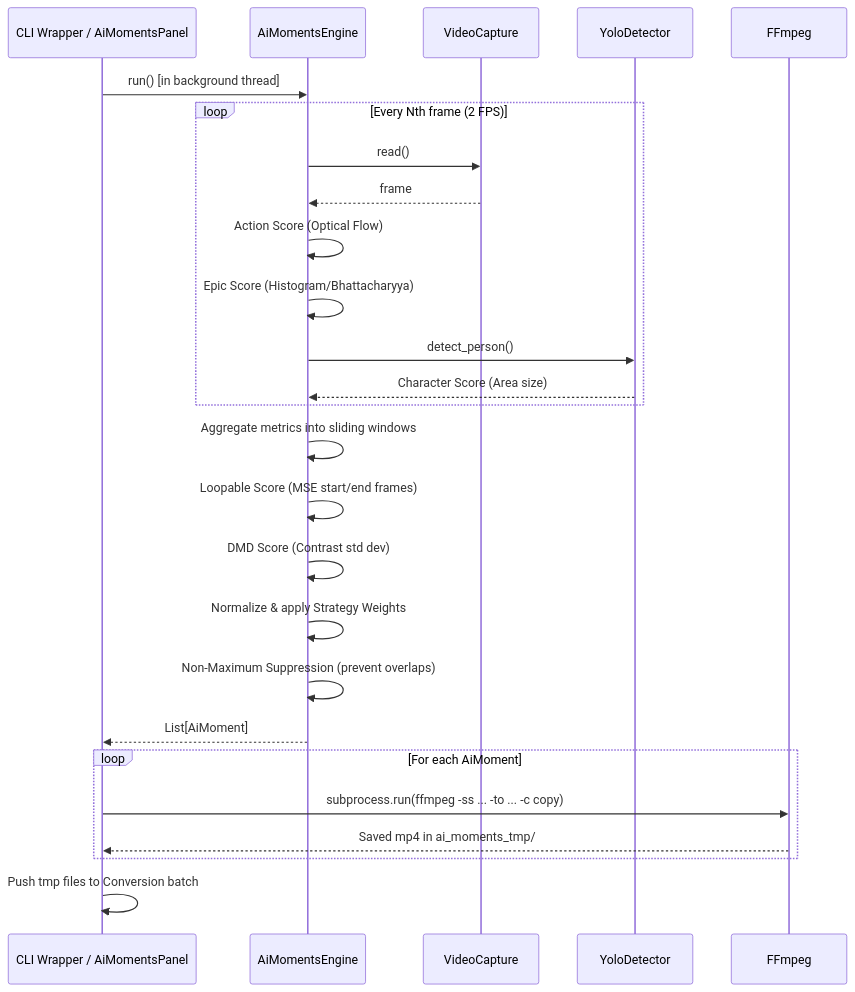
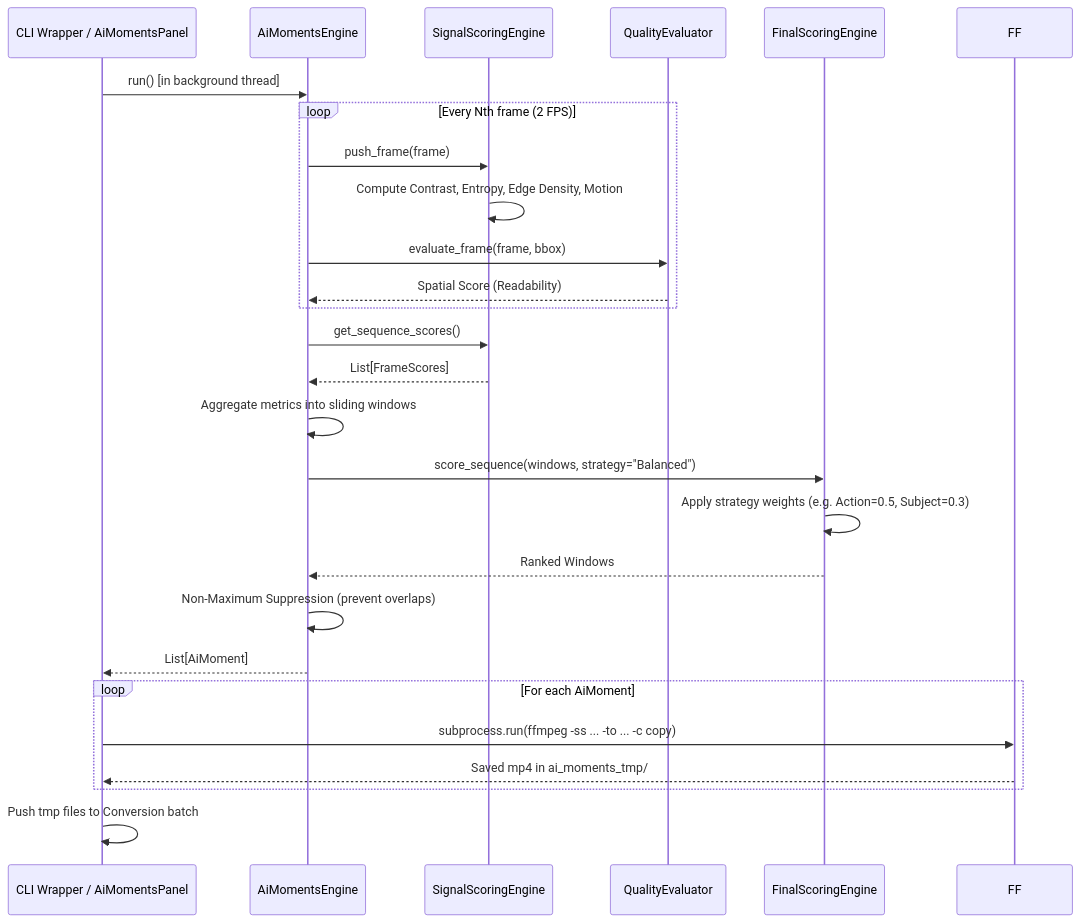
The seventh of 9 diagrams in ARCHITECTURE.md (red77290/dmd_gif_converter), drawn with Mermaid before and after one commit. The commit also changed other lines of this file and 26 other files, not shown here.

First line of the commit message:
Refactor(Tracking): Pipeline architecture, rule-of-thirds math, and v7.0.0 docs

````diff
--- a/ARCHITECTURE.md
+++ b/ARCHITECTURE.md
@@ -641,31 +669,31 @@
 ```mermaid
 sequenceDiagram
     participant CLI/UI as CLI Wrapper / AiMomentsPanel
     participant ENG as AiMomentsEngine
-    participant CAP as VideoCapture
-    participant DET as YoloDetector
-    participant FF as FFmpeg
+    participant SIG as SignalScoringEngine
+    participant QE as QualityEvaluator
+    participant FIN as FinalScoringEngine
 
     CLI/UI->>ENG: run() [in background thread]
     loop Every Nth frame (2 FPS)
-        ENG->>CAP: read()
-        CAP-->>ENG: frame
-        ENG->>ENG: Action Score (Optical Flow)
-        ENG->>ENG: Epic Score (Histogram/Bhattacharyya)
-        ENG->>DET: detect_person()
-        DET-->>ENG: Character Score (Area size)
+        ENG->>SIG: push_frame(frame)
+        SIG->>SIG: Compute Contrast, Entropy, Edge Density, Motion
+        ENG->>QE: evaluate_frame(frame, bbox)
+        QE-->>ENG: Spatial Score (Readability)
     end
+    ENG->>SIG: get_sequence_scores()
+    SIG-->>ENG: List[FrameScores]
     ENG->>ENG: Aggregate metrics into sliding windows
-    ENG->>ENG: Loopable Score (MSE start/end frames)
-    ENG->>ENG: DMD Score (Contrast std dev)
-    ENG->>ENG: Normalize & apply Strategy Weights
+    ENG->>FIN: score_sequence(windows, strategy="Balanced")
+    FIN->>FIN: Apply strategy weights (e.g. Action=0.5, Subject=0.3)
+    FIN-->>ENG: Ranked Windows
     ENG->>ENG: Non-Maximum Suppression (prevent overlaps)
     ENG-->>CLI/UI: List[AiMoment]
     
     loop For each AiMoment
         CLI/UI->>FF: subprocess.run(ffmpeg -ss ... -to ... -c copy)
         FF-->>CLI/UI: Saved mp4 in ai_moments_tmp/
     end
     
     CLI/UI->>CLI/UI: Push tmp files to Conversion batch
 ```
````
